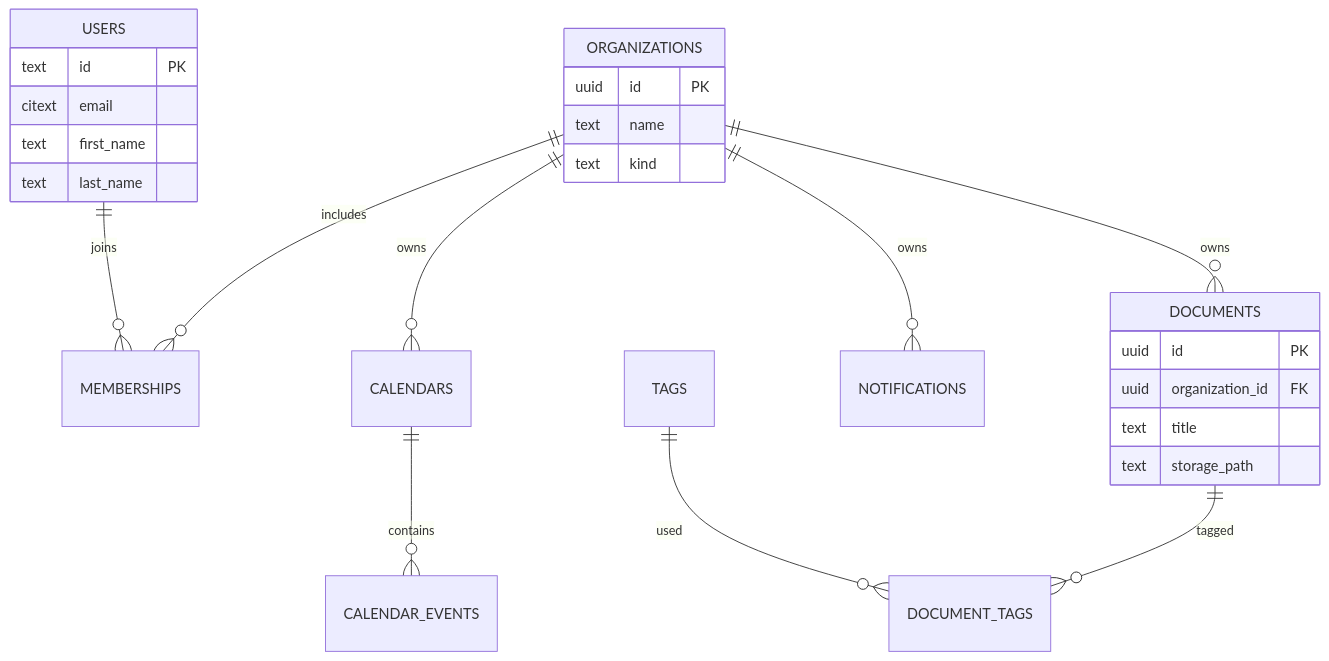
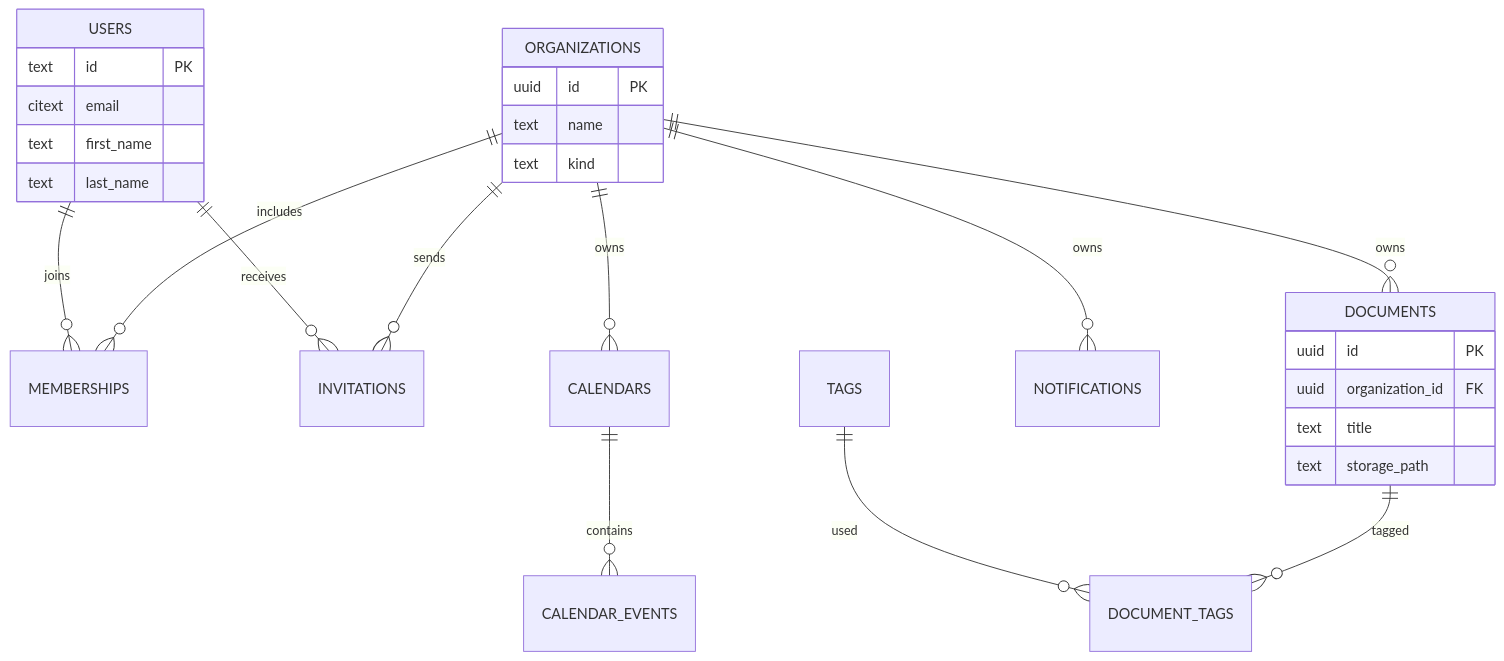
Before and after one commit to CLMNTDFR/CONFIDIA_1: the third of 5 diagrams in README.md, drawn with Mermaid. The commit also changed other lines of this file and 37 other files, not shown here.

````diff
--- a/README.md
+++ b/README.md
@@ -178,28 +178,30 @@
 ```mermaid
 erDiagram
   ORGANIZATIONS ||--o{ MEMBERSHIPS : includes
   USERS ||--o{ MEMBERSHIPS : joins
+  ORGANIZATIONS ||--o{ INVITATIONS : sends
+  USERS ||--o{ INVITATIONS : receives
   ORGANIZATIONS ||--o{ DOCUMENTS : owns
   ORGANIZATIONS ||--o{ CALENDARS : owns
   ORGANIZATIONS ||--o{ NOTIFICATIONS : owns
   CALENDARS ||--o{ CALENDAR_EVENTS : contains
   DOCUMENTS ||--o{ DOCUMENT_TAGS : tagged
   TAGS ||--o{ DOCUMENT_TAGS : used
   USERS {
     text id PK
     citext email
     text first_name
     text last_name
   }
   ORGANIZATIONS {
     uuid id PK
     text name
     text kind
   }
   DOCUMENTS {
     uuid id PK
     uuid organization_id FK
     text title
     text storage_path
   }
 ```
````
